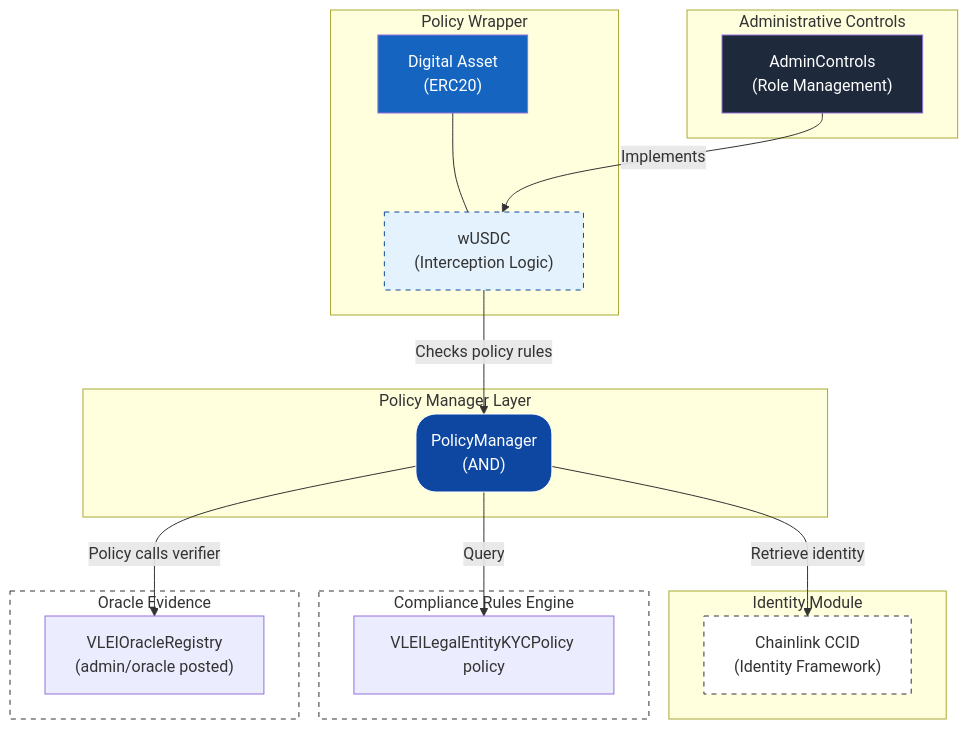
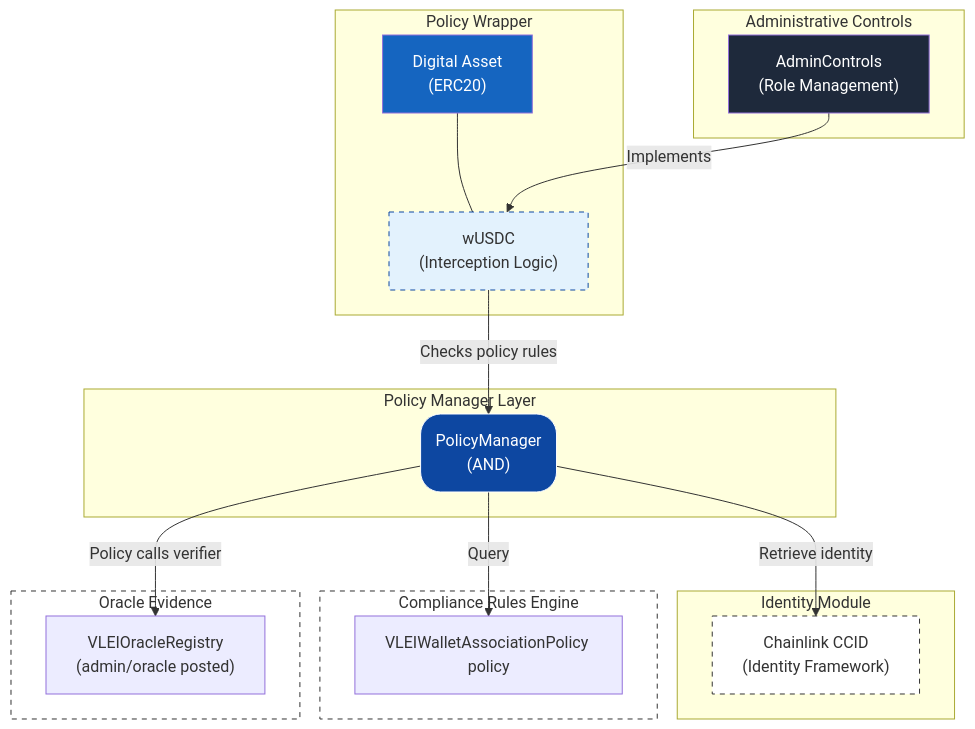
One commit to GLEIF-IT/vlei-comply changed the diagram in README.md. Above: the diagram before and after it, drawn with Mermaid. The commit also changed other lines of this file and 16 other files, not shown here.

````diff
--- a/README.md
+++ b/README.md
@@ -29,46 +29,46 @@
 ```mermaid
 graph TB
     subgraph "Policy Wrapper"
         Asset["Digital Asset<br/>(ERC20)"]
         Wrapper["wUSDC<br/>(Interception Logic)"]
     end
     
     subgraph "Administrative Controls"
         Admin["AdminControls<br/>(Role Management)"]
     end
     
     subgraph "Policy Manager Layer"
         PM("PolicyManager<br/>(AND)")
     end
     
     subgraph "Identity Module"
         IdFramework["Chainlink CCID<br/>(Identity Framework)"]
     end
     
     subgraph ComplianceRulesEngine["Compliance Rules Engine"]
-        Policy_vLEI["VLEILegalEntityKYCPolicy policy"]
+        Policy_vLEI["VLEIWalletAssociationPolicy policy"]
     end
     
     subgraph ExternalServices["Oracle Evidence"]
         Service_Oracle["VLEIOracleRegistry<br/>(admin/oracle posted)"]
     end
     
     %% Main Flow
     Asset --- Wrapper
     Wrapper -->|"Checks policy rules"| PM
     Admin -->|"Implements"| Wrapper
     
     %% Orchestration
     PM -->|"Retrieve identity"| IdFramework
     PM -->|"Policy calls verifier"| Service_Oracle
     PM -->|"Query"| Policy_vLEI
     
     %% Styles
     style PM fill:#0d47a1,color:#fff,stroke:#fff,shape:rect,rx:20,ry:20
     style Admin fill:#1e293b,color:#fff
     style Wrapper fill:#e3f2fd,stroke:#0d47a1,stroke-dasharray: 5 5
     style Asset fill:#1565c0,color:#fff
     style IdFramework fill:#fff,stroke:#333,stroke-dasharray: 5 5
     style ComplianceRulesEngine fill:#fff,stroke:#333,stroke-dasharray: 5 5
     style ExternalServices fill:#fff,stroke:#333,stroke-dasharray: 5 5
 ```
````
